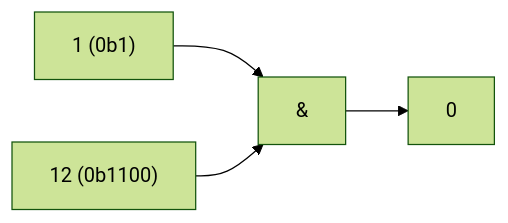
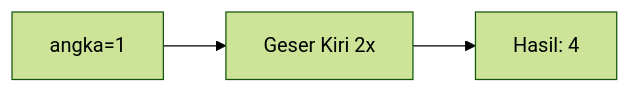
One commit to amnahwaida/OSNK_INF_PREP changed diagram 14 of 25 in part-c-pemahaman-cpp/06-bitwise/latihan/set-11.md. Above: the diagram before and after it, drawn with Mermaid (forest theme). The commit also changed other lines of this file and 71 other files, not shown here.

````diff
--- a/part-c-pemahaman-cpp/06-bitwise/latihan/set-11.md
+++ b/part-c-pemahaman-cpp/06-bitwise/latihan/set-11.md
@@ -366,6 +379,5 @@
 ```mermaid
 graph LR
-A["1 (0b1)"] --> C["&"]
-B["12 (0b1100)"] --> C
-C --> D["0"]
+A["angka=1"] --> B["Geser Kiri 2x"]
+B --> C["Hasil: 4"]
 ```
````
